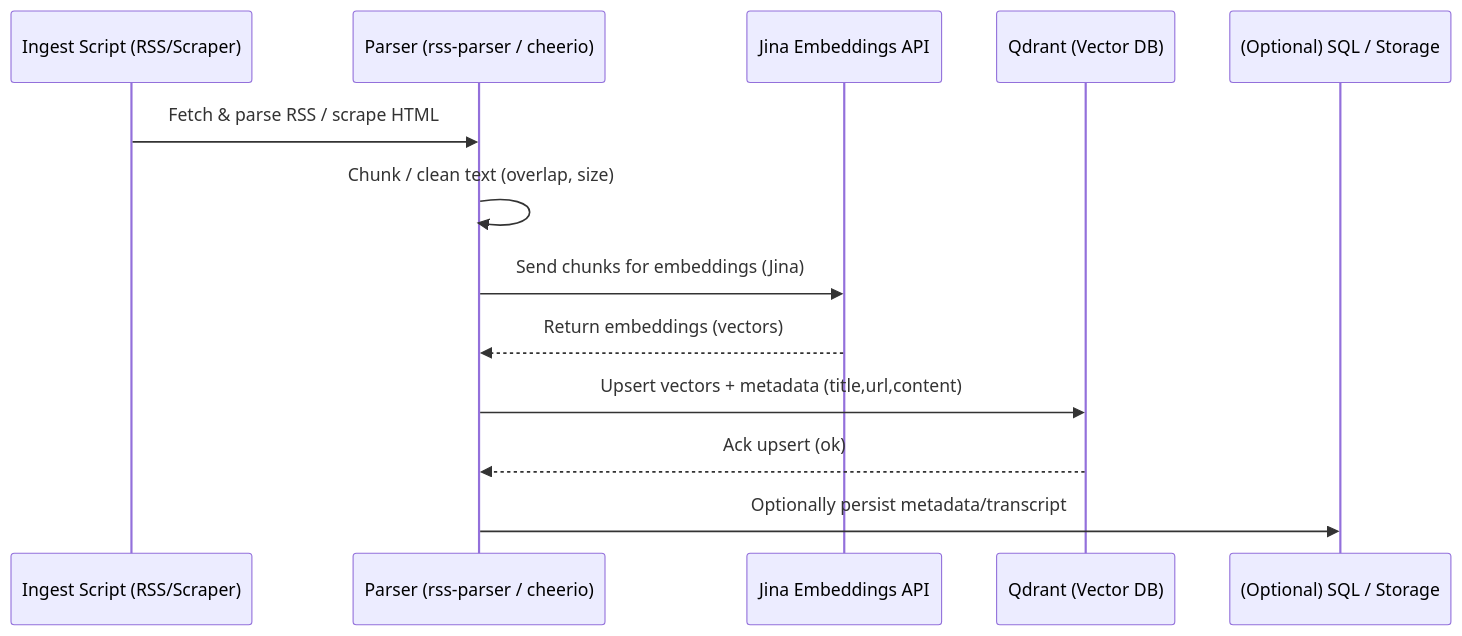
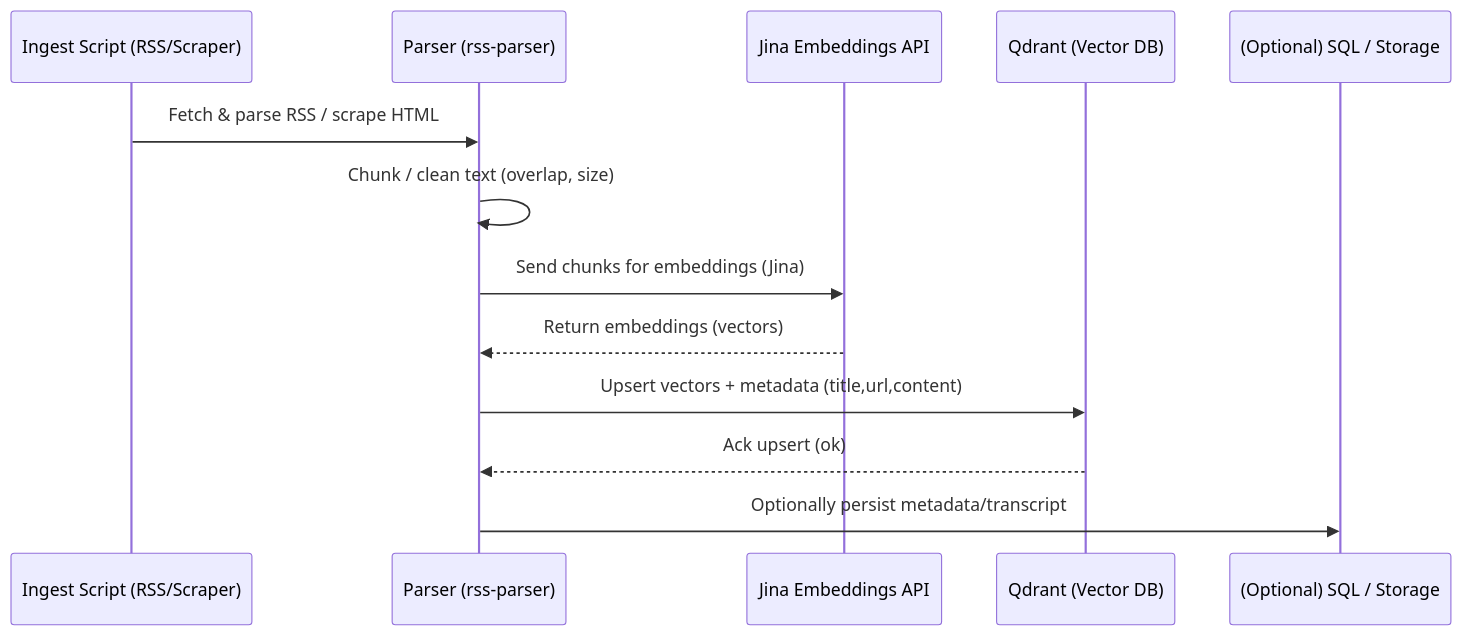
Before and after one commit to daksh890/RAG-Chatbot-backend: the first of 2 diagrams in readme.md, drawn with Mermaid. The commit also changed other lines of this file, not shown here.

````diff
--- a/readme.md
+++ b/readme.md
@@ -123,16 +123,16 @@
 ```mermaid
 sequenceDiagram
     participant I as Ingest Script (RSS/Scraper)
-    participant P as Parser (rss-parser / cheerio)
+    participant P as Parser (rss-parser)
     participant J as Jina Embeddings API
     participant Q as Qdrant (Vector DB)
     participant S as (Optional) SQL / Storage
 
     I->>P: Fetch & parse RSS / scrape HTML
     P->>P: Chunk / clean text (overlap, size)
     P->>J: Send chunks for embeddings (Jina)
     J-->>P: Return embeddings (vectors)
     P->>Q: Upsert vectors + metadata (title,url,content)
     Q-->>P: Ack upsert (ok)
     P->>S: Optionally persist metadata/transcript
 ```
````
